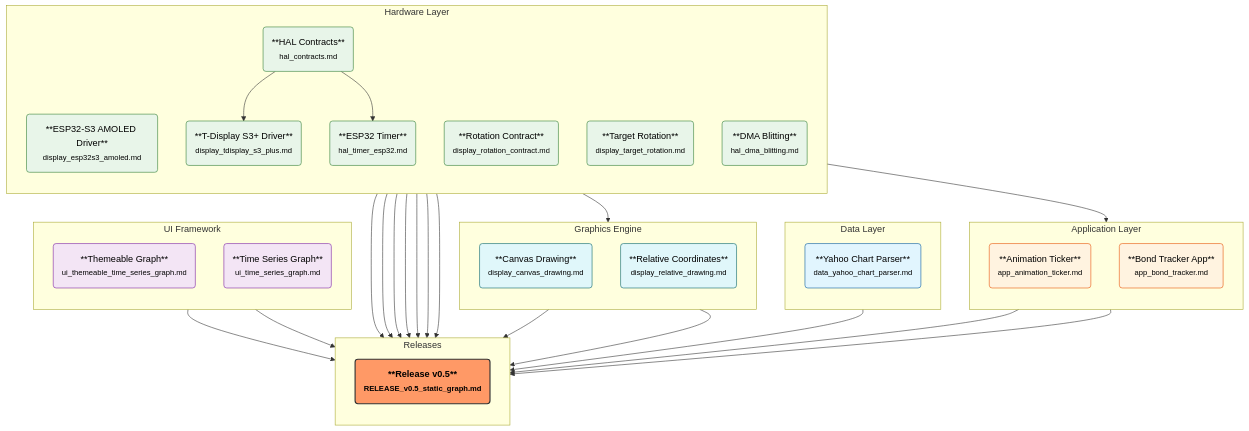
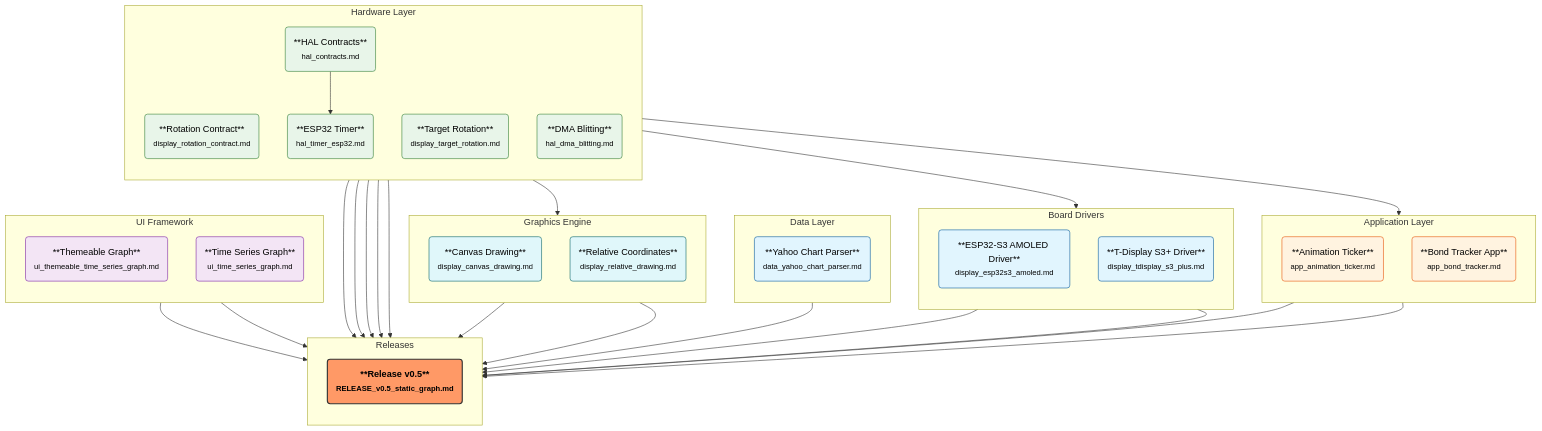
The diagram in feature_graph.mmd (rlabarca/LPad), drawn with Mermaid before and after one commit. The commit also changed 3 other files, not shown here.

Commit message:
docs(features): separate specific board drivers into distinct category

```diff
--- a/feature_graph.mmd
+++ b/feature_graph.mmd
@@ -1,67 +1,71 @@
 graph TD
     %% Styling
     classDef default fill:#e1f5fe,stroke:#01579b,stroke-width:1px,color:black;
     classDef release fill:#f96,stroke:#333,stroke-width:2px,color:black,font-weight:bold;
     classDef hardware fill:#e8f5e9,stroke:#2e7d32,stroke-width:1px,color:black;
     classDef ui fill:#f3e5f5,stroke:#7b1fa2,stroke-width:1px,color:black;
     classDef app fill:#fff3e0,stroke:#e65100,stroke-width:1px,color:black;
     classDef graphics fill:#e0f7fa,stroke:#006064,stroke-width:1px,color:black;
 
     subgraph Application_Layer ["Application Layer"]
         direction TB
         app_animation_ticker("**Animation Ticker**<br/><small>app_animation_ticker.md</small>"):::app
         app_bond_tracker("**Bond Tracker App**<br/><small>app_bond_tracker.md</small>"):::app
     end
 
+    subgraph Board_Drivers ["Board Drivers"]
+        direction TB
+        display_esp32s3_amoled("**ESP32-S3 AMOLED Driver**<br/><small>display_esp32s3_amoled.md</small>")
+        display_tdisplay_s3_plus("**T-Display S3+ Driver**<br/><small>display_tdisplay_s3_plus.md</small>")
+    end
+
     subgraph Data_Layer ["Data Layer"]
         direction TB
         data_yahoo_chart_parser("**Yahoo Chart Parser**<br/><small>data_yahoo_chart_parser.md</small>")
     end
 
     subgraph Graphics_Engine ["Graphics Engine"]
         direction TB
         display_canvas_drawing("**Canvas Drawing**<br/><small>display_canvas_drawing.md</small>"):::graphics
         display_relative_drawing("**Relative Coordinates**<br/><small>display_relative_drawing.md</small>"):::graphics
     end
 
     subgraph Hardware_Layer ["Hardware Layer"]
         direction TB
-        display_esp32s3_amoled("**ESP32-S3 AMOLED Driver**<br/><small>display_esp32s3_amoled.md</small>"):::hardware
         display_rotation_contract("**Rotation Contract**<br/><small>display_rotation_contract.md</small>"):::hardware
         display_target_rotation("**Target Rotation**<br/><small>display_target_rotation.md</small>"):::hardware
-        display_tdisplay_s3_plus("**T-Display S3+ Driver**<br/><small>display_tdisplay_s3_plus.md</small>"):::hardware
         hal_contracts("**HAL Contracts**<br/><small>hal_contracts.md</small>"):::hardware
         hal_dma_blitting("**DMA Blitting**<br/><small>hal_dma_blitting.md</small>"):::hardware
         hal_timer_esp32("**ESP32 Timer**<br/><small>hal_timer_esp32.md</small>"):::hardware
     end
 
     subgraph Releases ["Releases"]
         direction TB
         RELEASE_v0_5_static_graph("**Release v0.5**<br/><small>RELEASE_v0.5_static_graph.md</small>"):::release
     end
 
     subgraph UI_Framework ["UI Framework"]
         direction TB
         ui_themeable_time_series_graph("**Themeable Graph**<br/><small>ui_themeable_time_series_graph.md</small>"):::ui
         ui_time_series_graph("**Time Series Graph**<br/><small>ui_time_series_graph.md</small>"):::ui
     end
 
     %% Relationships
     hal_contracts --> RELEASE_v0_5_static_graph
     hal_timer_esp32 --> RELEASE_v0_5_static_graph
     hal_dma_blitting --> RELEASE_v0_5_static_graph
     display_rotation_contract --> RELEASE_v0_5_static_graph
     display_target_rotation --> RELEASE_v0_5_static_graph
     display_esp32s3_amoled --> RELEASE_v0_5_static_graph
     display_tdisplay_s3_plus --> RELEASE_v0_5_static_graph
     display_canvas_drawing --> RELEASE_v0_5_static_graph
     display_relative_drawing --> RELEASE_v0_5_static_graph
     data_yahoo_chart_parser --> RELEASE_v0_5_static_graph
     app_animation_ticker --> RELEASE_v0_5_static_graph
     ui_time_series_graph --> RELEASE_v0_5_static_graph
     ui_themeable_time_series_graph --> RELEASE_v0_5_static_graph
     app_bond_tracker --> RELEASE_v0_5_static_graph
     hal_contracts --> app_animation_ticker
     hal_contracts --> display_canvas_drawing
     hal_contracts --> display_tdisplay_s3_plus
     hal_contracts --> hal_timer_esp32
```
